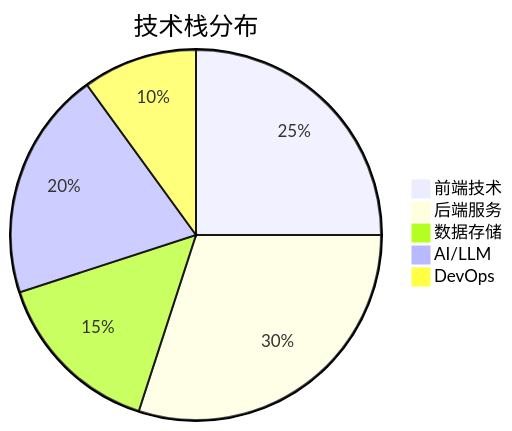
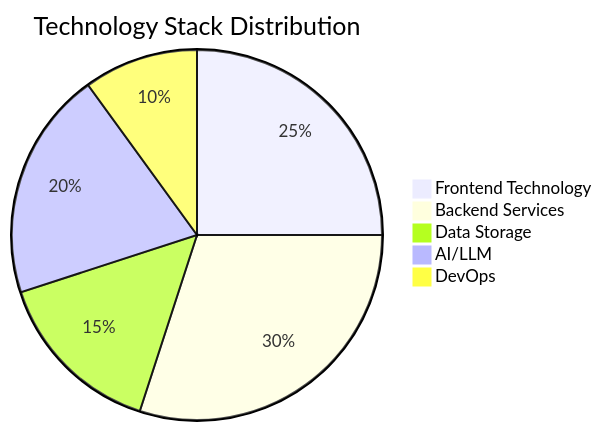
Before and after one commit to zcxGGmu/Astraeus: the second of 11 diagrams in README.md, drawn with Mermaid. The commit also changed other lines of this file, not shown here.

First line of the commit message:
docs: convert README architecture descriptions from Chinese to English

````diff
--- a/README.md
+++ b/README.md
@@ -180,8 +180,8 @@
 ```mermaid
-pie title 技术栈分布
-    "前端技术" : 25
-    "后端服务" : 30
-    "数据存储" : 15
+pie title Technology Stack Distribution
+    "Frontend Technology" : 25
+    "Backend Services" : 30
+    "Data Storage" : 15
     "AI/LLM" : 20
     "DevOps" : 10
 ```
````
